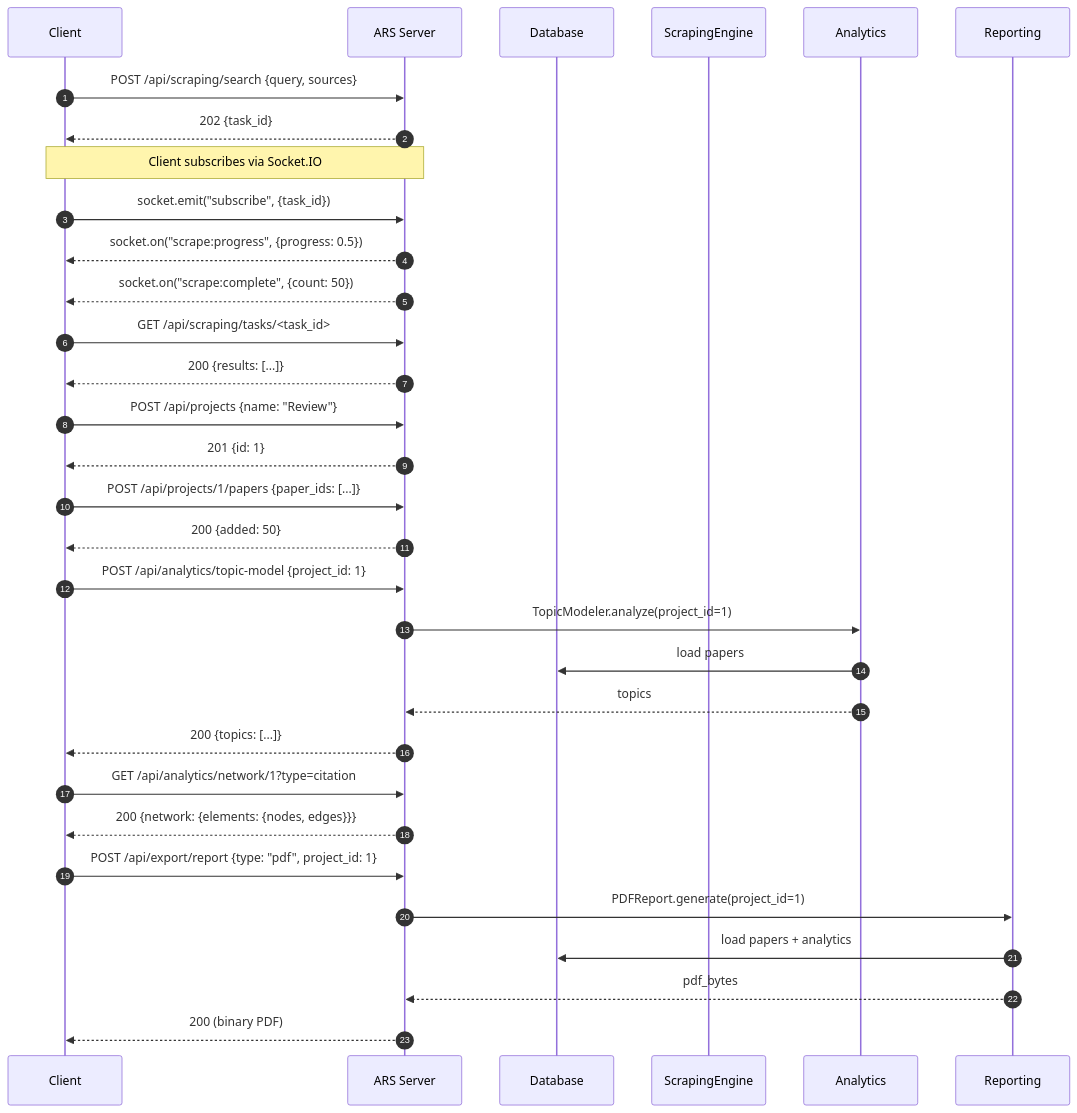
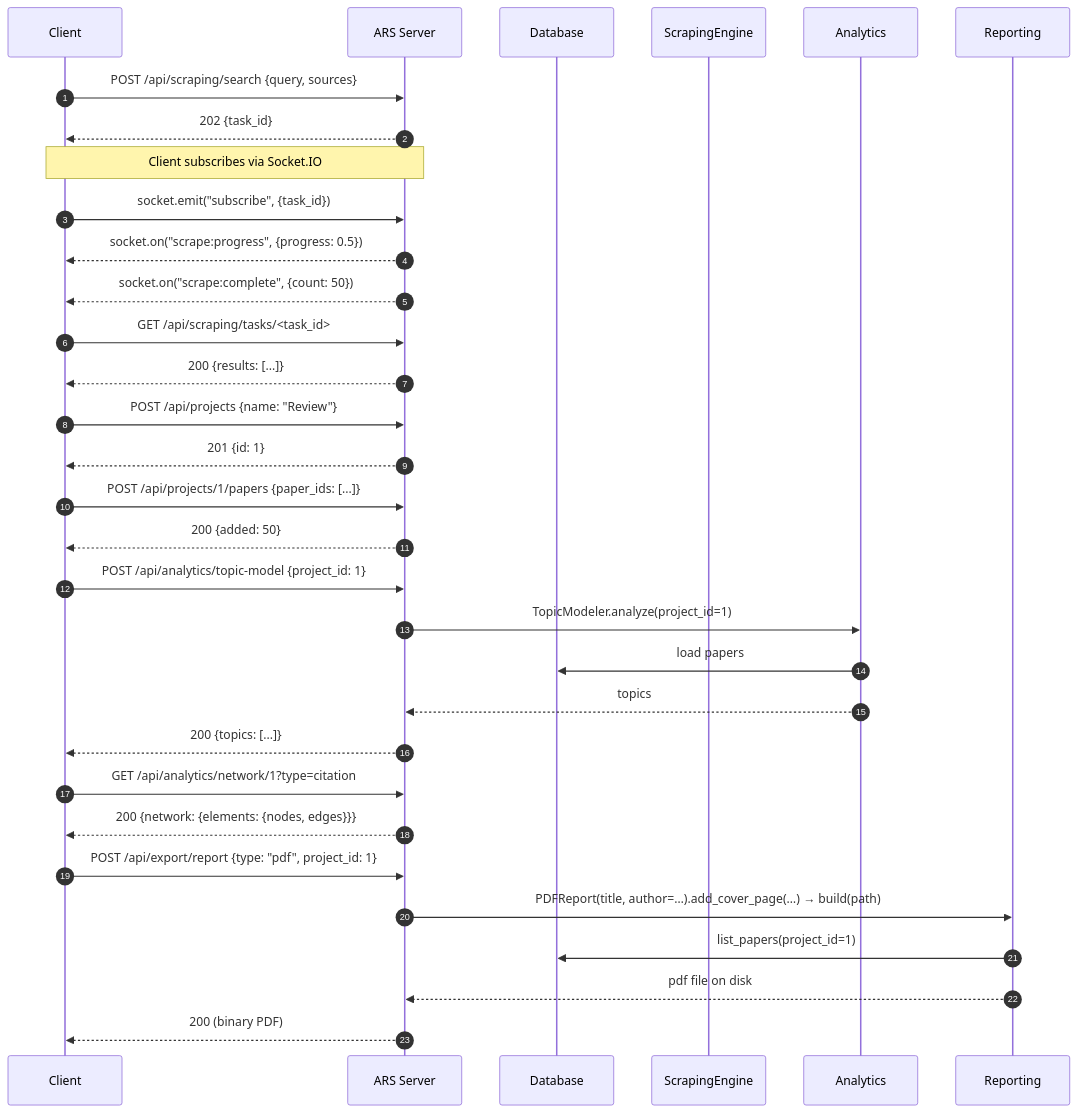
The first of 2 diagrams in docs/api_reference.md (thelonecoders/Sophidan), drawn with Mermaid before and after one commit. The commit also changed other lines of this file and 48 other files, not shown here.

````diff
--- a/docs/api_reference.md
+++ b/docs/api_reference.md
@@ -834,42 +842,42 @@
 ```mermaid
 sequenceDiagram
     autonumber
     participant C as Client
     participant S as ARS Server
     participant DB as Database
     participant SE as ScrapingEngine
     participant A as Analytics
     participant R as Reporting
 
     C->>S: POST /api/scraping/search {query, sources}
     S-->>C: 202 {task_id}
 
     Note over C,S: Client subscribes via Socket.IO
     C->>S: socket.emit("subscribe", {task_id})
     S-->>C: socket.on("scrape:progress", {progress: 0.5})
     S-->>C: socket.on("scrape:complete", {count: 50})
 
     C->>S: GET /api/scraping/tasks/<task_id>
     S-->>C: 200 {results: [...]}
 
     C->>S: POST /api/projects {name: "Review"}
     S-->>C: 201 {id: 1}
 
     C->>S: POST /api/projects/1/papers {paper_ids: [...]}
     S-->>C: 200 {added: 50}
 
     C->>S: POST /api/analytics/topic-model {project_id: 1}
     S->>A: TopicModeler.analyze(project_id=1)
     A->>DB: load papers
     A-->>S: topics
     S-->>C: 200 {topics: [...]}
 
     C->>S: GET /api/analytics/network/1?type=citation
     S-->>C: 200 {network: {elements: {nodes, edges}}}
 
     C->>S: POST /api/export/report {type: "pdf", project_id: 1}
-    S->>R: PDFReport.generate(project_id=1)
-    R->>DB: load papers + analytics
-    R-->>S: pdf_bytes
+    S->>R: PDFReport(title, author=…).add_cover_page(…) → build(path)
+    R->>DB: list_papers(project_id=1)
+    R-->>S: pdf file on disk
     S-->>C: 200 (binary PDF)
 ```
````
